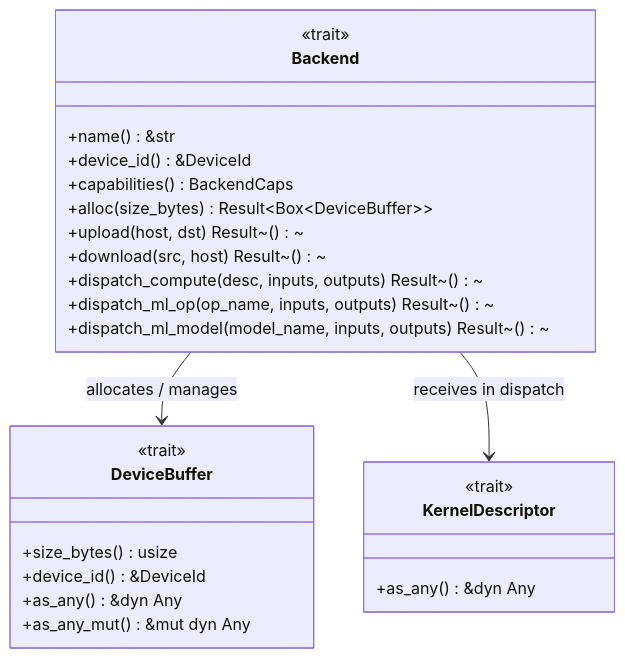
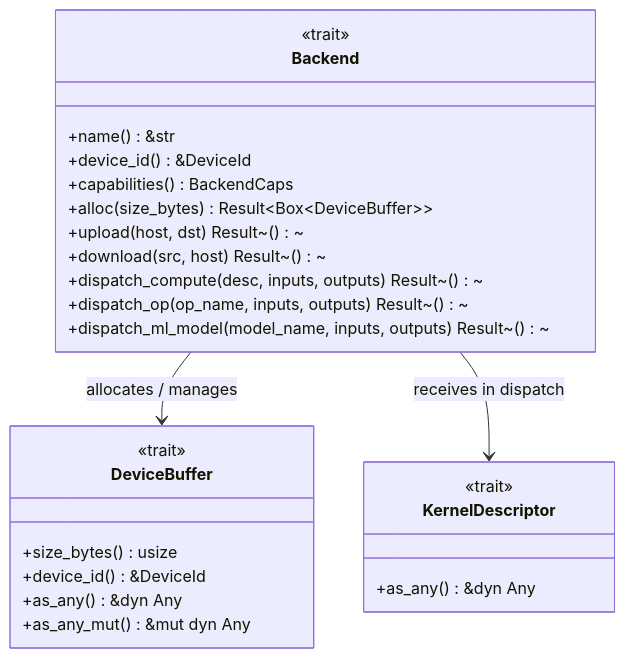
One commit to vansweej/graphynx changed the first of 4 diagrams in docs/backend-trait.md. Above: the diagram before and after it, drawn with Mermaid. The commit also changed other lines of this file and 10 other files, not shown here.

````diff
--- a/docs/backend-trait.md
+++ b/docs/backend-trait.md
@@ -7,31 +7,31 @@
 ```mermaid
 classDiagram
     class Backend {
         <<trait>>
         +name() &str
         +device_id() &DeviceId
         +capabilities() BackendCaps
         +alloc(size_bytes) Result~Box~DeviceBuffer~~
         +upload(host, dst) Result~()~
         +download(src, host) Result~()~
         +dispatch_compute(desc, inputs, outputs) Result~()~
-        +dispatch_ml_op(op_name, inputs, outputs) Result~()~
+        +dispatch_op(op_name, inputs, outputs) Result~()~
         +dispatch_ml_model(model_name, inputs, outputs) Result~()~
     }
 
     class DeviceBuffer {
         <<trait>>
         +size_bytes() usize
         +device_id() &DeviceId
         +as_any() &dyn Any
         +as_any_mut() &mut dyn Any
     }
 
     class KernelDescriptor {
         <<trait>>
         +as_any() &dyn Any
     }
 
     Backend --> DeviceBuffer : allocates / manages
     Backend --> KernelDescriptor : receives in dispatch
 ```
````
